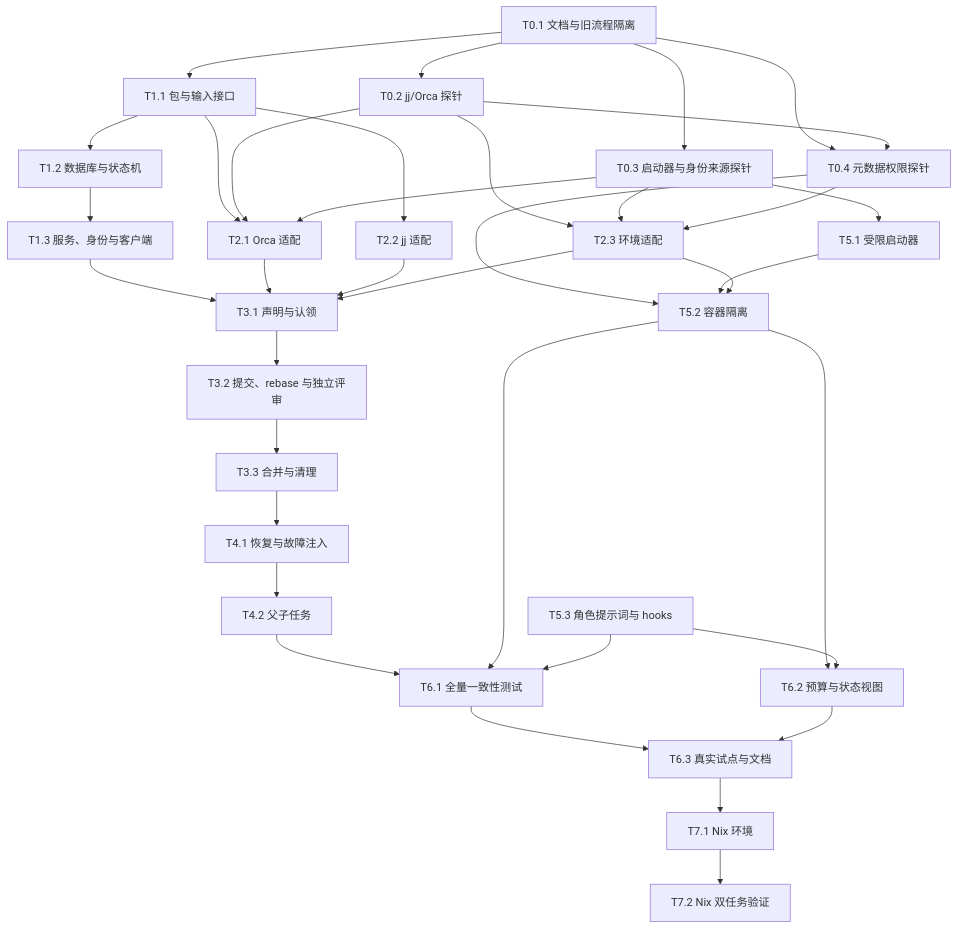
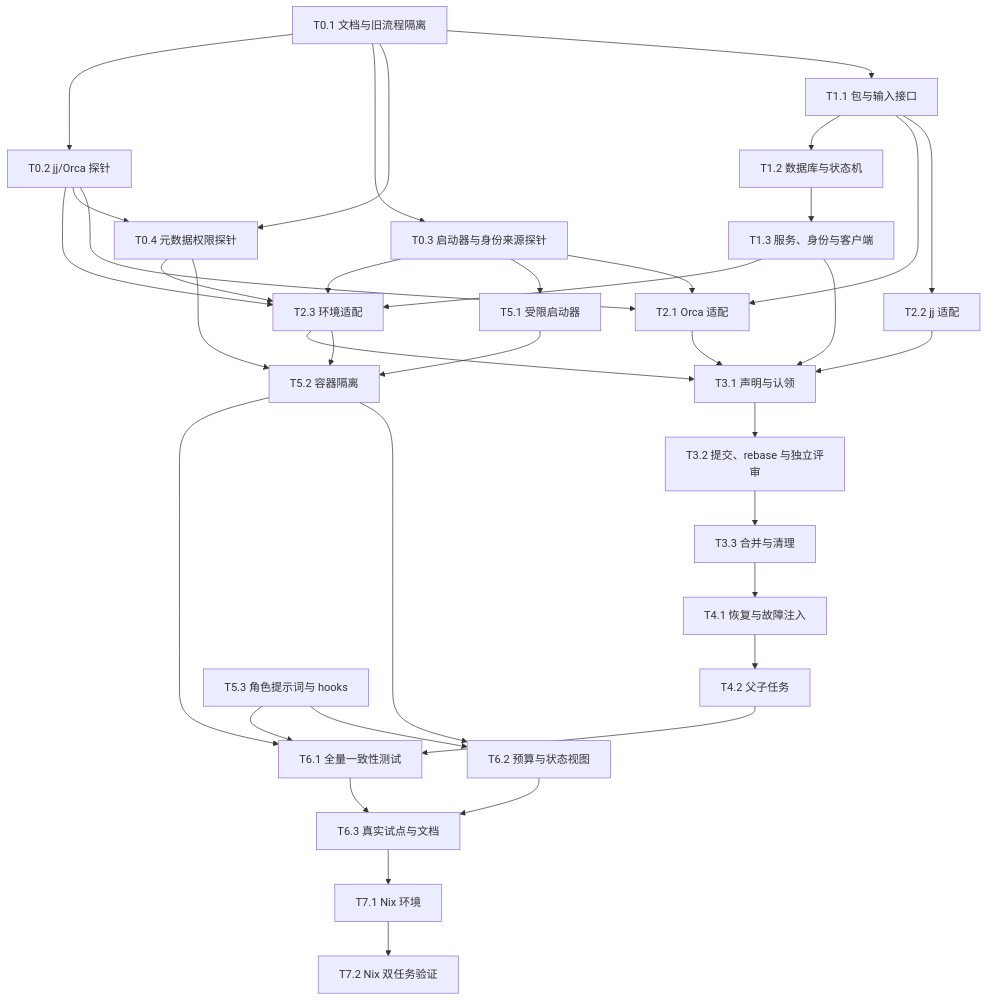
One commit to a20185/orca-workflow changed the diagram in governance-tasks.md. Above: the diagram before and after it, drawn with Mermaid. The commit also changed other lines of this file, not shown here.

````diff
--- a/governance-tasks.md
+++ b/governance-tasks.md
@@ -65,39 +65,40 @@
 ```mermaid
 graph TD
     P01[T0.1 文档与旧流程隔离] --> P02[T0.2 jj/Orca 探针]
     P01 --> P03[T0.3 启动器与身份来源探针]
     P01 --> P04[T0.4 元数据权限探针]
     P01 --> P11[T1.1 包与输入接口]
     P02 --> P23[T2.3 环境适配]
     P03 --> P23
     P02 --> P04
     P04 --> P23
     P03 --> P51[T5.1 受限启动器]
     P04 --> P52[T5.2 容器隔离]
 
     P11 --> P12[T1.2 数据库与状态机]
     P11 --> P21[T2.1 Orca 适配]
     P11 --> P22[T2.2 jj 适配]
     P02 --> P21
     P03 --> P21
     P12 --> P13[T1.3 服务、身份与客户端]
+    P13 --> P23
     P13 --> P31[T3.1 声明与认领]
     P21 --> P31
     P22 --> P31
     P23 --> P31
     P31 --> P32[T3.2 提交、rebase 与独立评审]
     P32 --> P33[T3.3 合并与清理]
     P33 --> P41[T4.1 恢复与故障注入]
     P41 --> P42[T4.2 父子任务]
     P42 --> P61[T6.1 全量一致性测试]
     P51 --> P52
     P23 --> P52
     P52 --> P61
     P53[T5.3 角色提示词与 hooks] --> P61
     P52 --> P62[T6.2 预算与状态视图]
     P53 --> P62
     P61 --> P63[T6.3 真实试点与文档]
     P62 --> P63
     P63 --> P71[T7.1 Nix 环境]
     P71 --> P72[T7.2 Nix 双任务验证]
 ```
````
